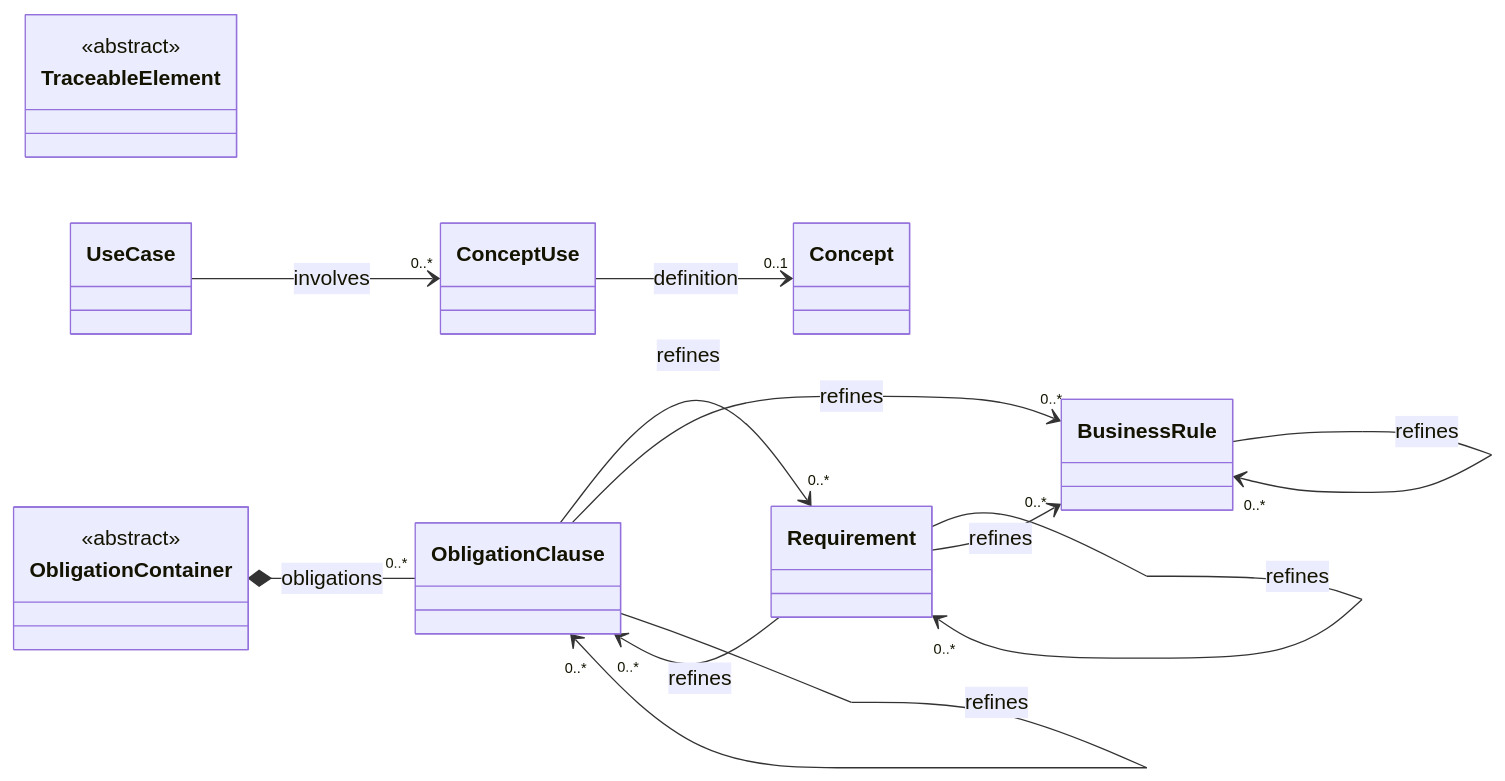
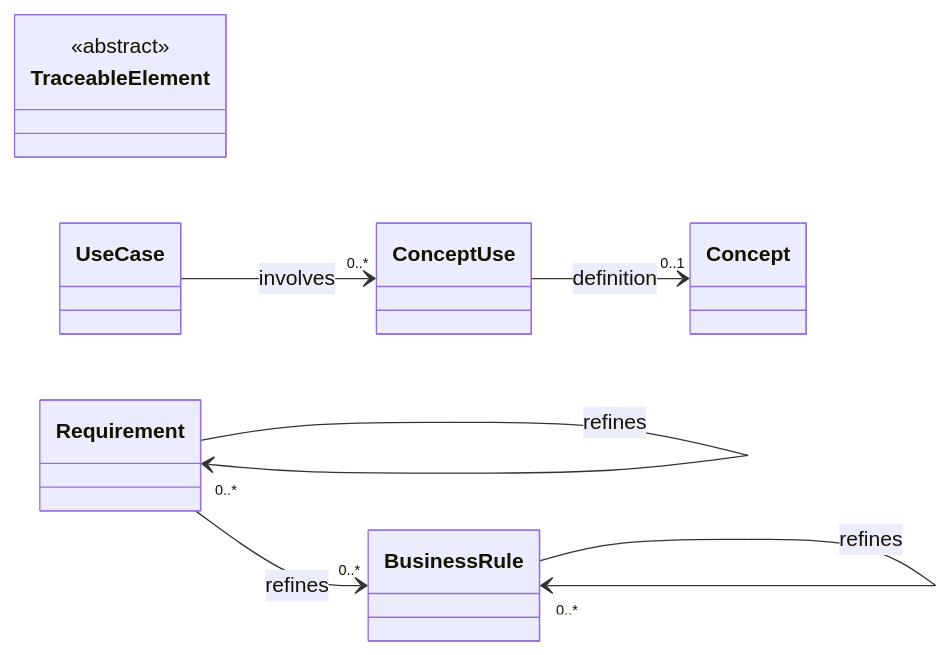
Diagram 13 of 15 in docs/reference/model/core.md (craigsmitham/dotspec), drawn with Mermaid before and after one commit. The commit also changed other lines of this file and 130 other files, not shown here.

````diff
--- a/docs/reference/model/core.md
+++ b/docs/reference/model/core.md
@@ -327,24 +305,16 @@
 ```mermaid
 classDiagram
     direction LR
     class TraceableElement
     <<abstract>> TraceableElement
-    class ObligationClause
     class Requirement
     class BusinessRule
     class UseCase
     class ConceptUse
     class Concept
-    class ObligationContainer
-    <<abstract>> ObligationContainer
-    ObligationContainer *-- "0..*" ObligationClause : obligations
-    ObligationClause --> "0..*" Requirement : refines
-    ObligationClause --> "0..*" BusinessRule : refines
-    ObligationClause --> "0..*" ObligationClause : refines
     Requirement --> "0..*" Requirement : refines
     Requirement --> "0..*" BusinessRule : refines
-    Requirement --> "0..*" ObligationClause : refines
     BusinessRule --> "0..*" BusinessRule : refines
     UseCase --> "0..*" ConceptUse : involves
     ConceptUse --> "0..1" Concept : definition
 ```
````
